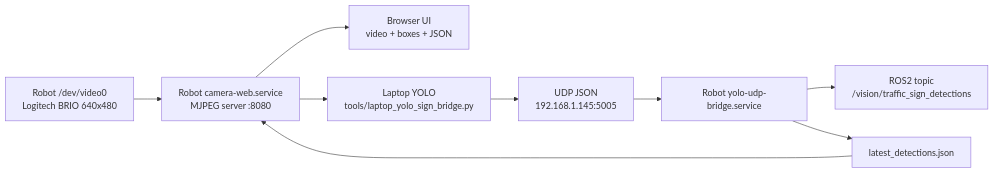
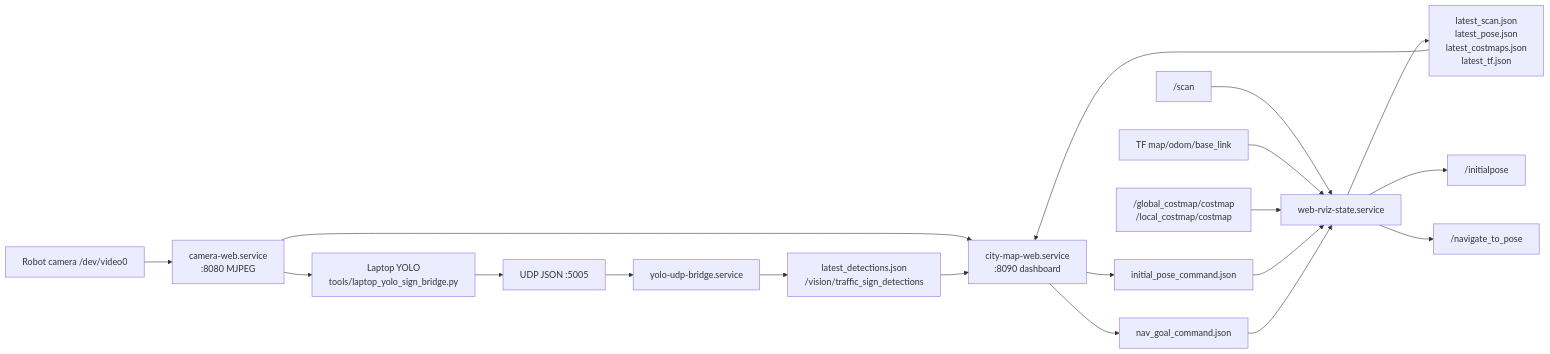
Before and after one commit to GeBondar/turtlebot3_novosib: the diagram in README.md, drawn with Mermaid. The commit also changed other lines of this file and 32 other files, not shown here.

Commit message:
Add city web RViz dashboard

````diff
--- a/README.md
+++ b/README.md
@@ -23,11 +58,21 @@
 ```mermaid
 flowchart LR
-    cam["Robot /dev/video0<br/>Logitech BRIO 640x480"] --> web["Robot camera-web.service<br/>MJPEG server :8080"]
-    web --> browser["Browser UI<br/>video + boxes + JSON"]
-    web --> laptop["Laptop YOLO<br/>tools/laptop_yolo_sign_bridge.py"]
-    laptop --> udp["UDP JSON<br/>192.168.1.145:5005"]
-    udp --> bridge["Robot yolo-udp-bridge.service"]
-    bridge --> topic["ROS2 topic<br/>/vision/traffic_sign_detections"]
-    bridge --> json["latest_detections.json"]
-    json --> web
+    cam["Robot camera /dev/video0"] --> cameraWeb["camera-web.service<br/>:8080 MJPEG"]
+    cameraWeb --> cityWeb["city-map-web.service<br/>:8090 dashboard"]
+    cameraWeb --> laptop["Laptop YOLO<br/>tools/laptop_yolo_sign_bridge.py"]
+    laptop --> udp["UDP JSON :5005"]
+    udp --> yoloBridge["yolo-udp-bridge.service"]
+    yoloBridge --> detections["latest_detections.json<br/>/vision/traffic_sign_detections"]
+    detections --> cityWeb
+
+    scan["/scan"] --> webRviz["web-rviz-state.service"]
+    tf["TF map/odom/base_link"] --> webRviz
+    costmaps["/global_costmap/costmap<br/>/local_costmap/costmap"] --> webRviz
+    webRviz --> json["latest_scan.json<br/>latest_pose.json<br/>latest_costmaps.json<br/>latest_tf.json"]
+    json --> cityWeb
+
+    cityWeb --> initialPose["initial_pose_command.json"]
+    initialPose --> webRviz --> initialTopic["/initialpose"]
+    cityWeb --> navGoal["nav_goal_command.json"]
+    navGoal --> webRviz --> nav2["/navigate_to_pose"]
 ```
````
